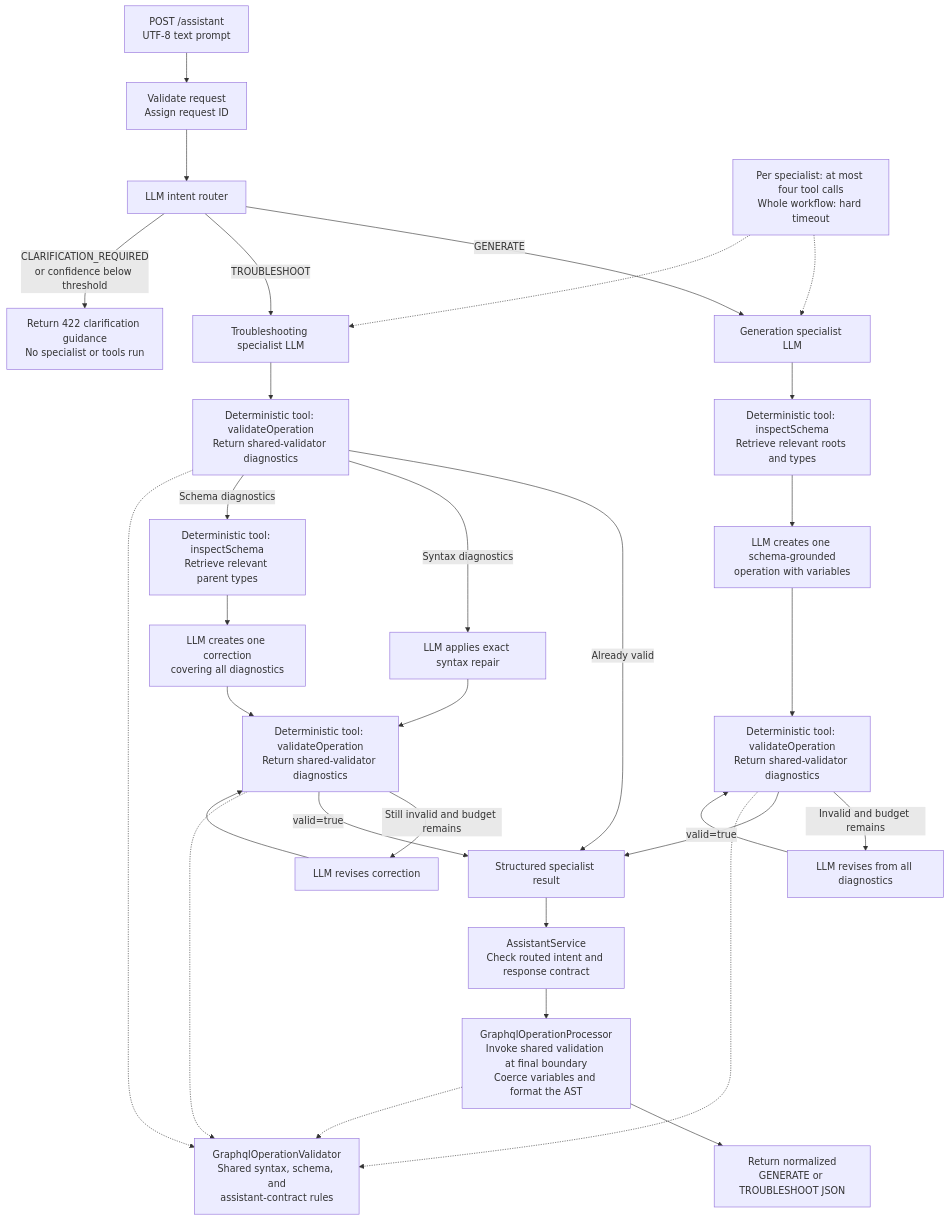
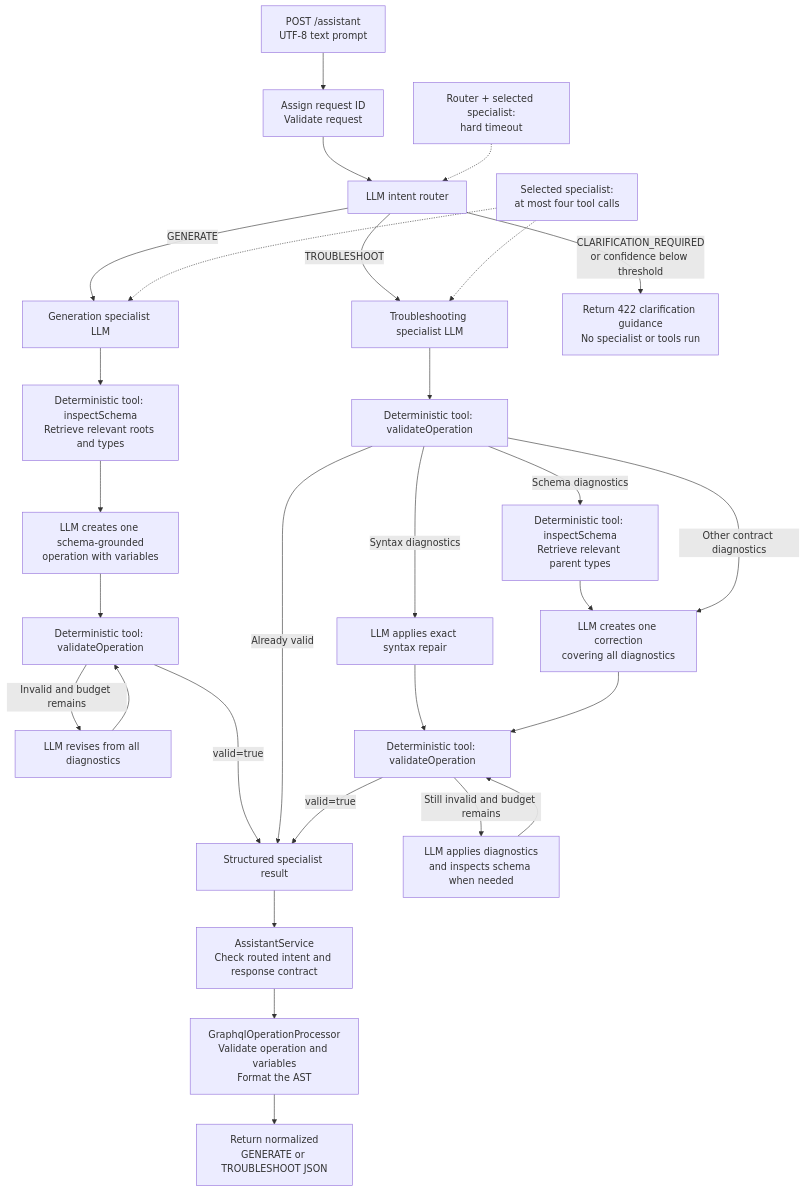
One commit to skp2001vn/agentic-graphql-assistant changed the diagram in README.md. Above: the diagram before and after it, drawn with Mermaid. The commit also changed other lines of this file, not shown here.

Commit message:
Simplify README workflow chart

````diff
--- a/README.md
+++ b/README.md
@@ -44,40 +44,36 @@
 ```mermaid
 flowchart TD
-    A["POST /assistant<br/>UTF-8 text prompt"] --> B["Validate request<br/>Assign request ID"]
+    A["POST /assistant<br/>UTF-8 text prompt"] --> B["Assign request ID<br/>Validate request"]
     B --> C["LLM intent router"]
 
     C -->|"GENERATE"| G["Generation specialist LLM"]
     G --> GI["Deterministic tool: inspectSchema<br/>Retrieve relevant roots and types"]
     GI --> GC["LLM creates one schema-grounded<br/>operation with variables"]
-    GC --> GV["Deterministic tool: validateOperation<br/>Return shared-validator diagnostics"]
+    GC --> GV["Deterministic tool: validateOperation"]
     GV -->|"Invalid and budget remains"| GR["LLM revises from all diagnostics"]
     GR --> GV
     GV -->|"valid=true"| S["Structured specialist result"]
 
     C -->|"TROUBLESHOOT"| T["Troubleshooting specialist LLM"]
-    T --> TV1["Deterministic tool: validateOperation<br/>Return shared-validator diagnostics"]
+    T --> TV1["Deterministic tool: validateOperation"]
     TV1 -->|"Already valid"| S
     TV1 -->|"Syntax diagnostics"| TF1["LLM applies exact syntax repair"]
-    TF1 --> TV2["Deterministic tool: validateOperation<br/>Return shared-validator diagnostics"]
+    TF1 --> TV2["Deterministic tool: validateOperation"]
     TV1 -->|"Schema diagnostics"| TI["Deterministic tool: inspectSchema<br/>Retrieve relevant parent types"]
     TI --> TF2["LLM creates one correction<br/>covering all diagnostics"]
     TF2 --> TV2
-    TV2 -->|"Still invalid and budget remains"| TF3["LLM revises correction"]
+    TV1 -->|"Other contract diagnostics"| TF2
+    TV2 -->|"Still invalid and budget remains"| TF3["LLM applies diagnostics<br/>and inspects schema when needed"]
     TF3 --> TV2
     TV2 -->|"valid=true"| S
 
     C -->|"CLARIFICATION_REQUIRED<br/>or confidence below threshold"| Q["Return 422 clarification guidance<br/>No specialist or tools run"]
 
     S --> D["AssistantService<br/>Check routed intent and response contract"]
-    D --> P["GraphqlOperationProcessor<br/>Invoke shared validation at final boundary<br/>Coerce variables and format the AST"]
+    D --> P["GraphqlOperationProcessor<br/>Validate operation and variables<br/>Format the AST"]
     P --> R["Return normalized<br/>GENERATE or TROUBLESHOOT JSON"]
 
-    V["GraphqlOperationValidator<br/>Shared syntax, schema, and<br/>assistant-contract rules"]
-    GV -.-> V
-    TV1 -.-> V
-    TV2 -.-> V
-    P -.-> V
-
-    L["Per specialist: at most four tool calls<br/>Whole workflow: hard timeout"] -.-> G
+    L["Selected specialist:<br/>at most four tool calls"] -.-> G
     L -.-> T
+    H["Router + selected specialist:<br/>hard timeout"] -.-> C
 ```
````
